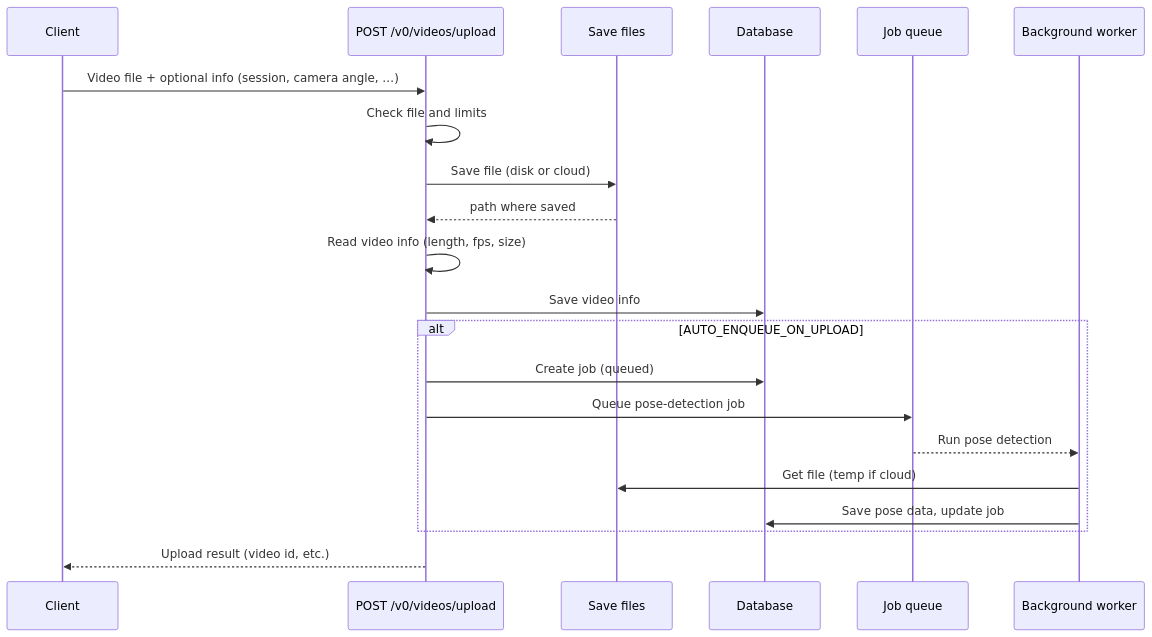
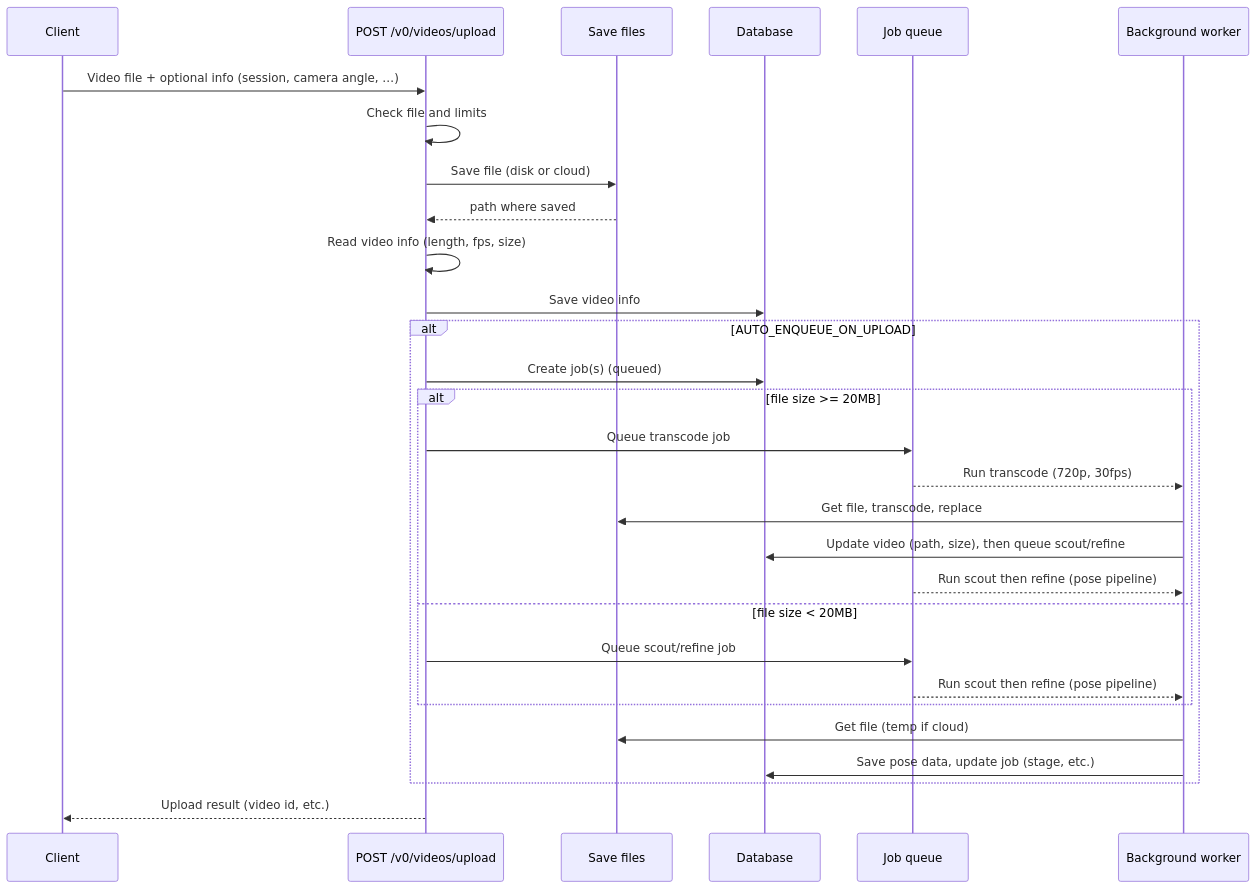
The diagram in project_docs/diagrams/upload-flow.md (aseda-sam/tennis_coach_app), drawn with Mermaid before and after one commit. The commit also changed other lines of this file and 73 other files, not shown here.

First line of the commit message:
feat: enhance video processing, pose detection, and player controls

````diff
--- a/project_docs/diagrams/upload-flow.md
+++ b/project_docs/diagrams/upload-flow.md
@@ -5,25 +5,33 @@
 ```mermaid
 %%{init: {'theme':'base', 'themeVariables': {'primaryColor':'#fff8e1', 'primaryBorderColor':'#ff8f00'} }%%
 sequenceDiagram
   participant Client
   participant API as POST /v0/videos/upload
   participant Storage as Save files
   participant DB as Database
   participant RQ as Job queue
   participant Worker as Background worker
 
   Client->>API: Video file + optional info (session, camera angle, …)
   API->>API: Check file and limits
   API->>Storage: Save file (disk or cloud)
   Storage-->>API: path where saved
   API->>API: Read video info (length, fps, size)
   API->>DB: Save video info
   alt AUTO_ENQUEUE_ON_UPLOAD
-    API->>DB: Create job (queued)
-    API->>RQ: Queue pose-detection job
-    RQ-->>Worker: Run pose detection
+    API->>DB: Create job(s) (queued)
+    alt file size >= 20MB
+      API->>RQ: Queue transcode job
+      RQ-->>Worker: Run transcode (720p, 30fps)
+      Worker->>Storage: Get file, transcode, replace
+      Worker->>DB: Update video (path, size), then queue scout/refine
+      RQ-->>Worker: Run scout then refine (pose pipeline)
+    else file size < 20MB
+      API->>RQ: Queue scout/refine job
+      RQ-->>Worker: Run scout then refine (pose pipeline)
+    end
     Worker->>Storage: Get file (temp if cloud)
-    Worker->>DB: Save pose data, update job
+    Worker->>DB: Save pose data, update job (stage, etc.)
   end
   API-->>Client: Upload result (video id, etc.)
 ```
````
